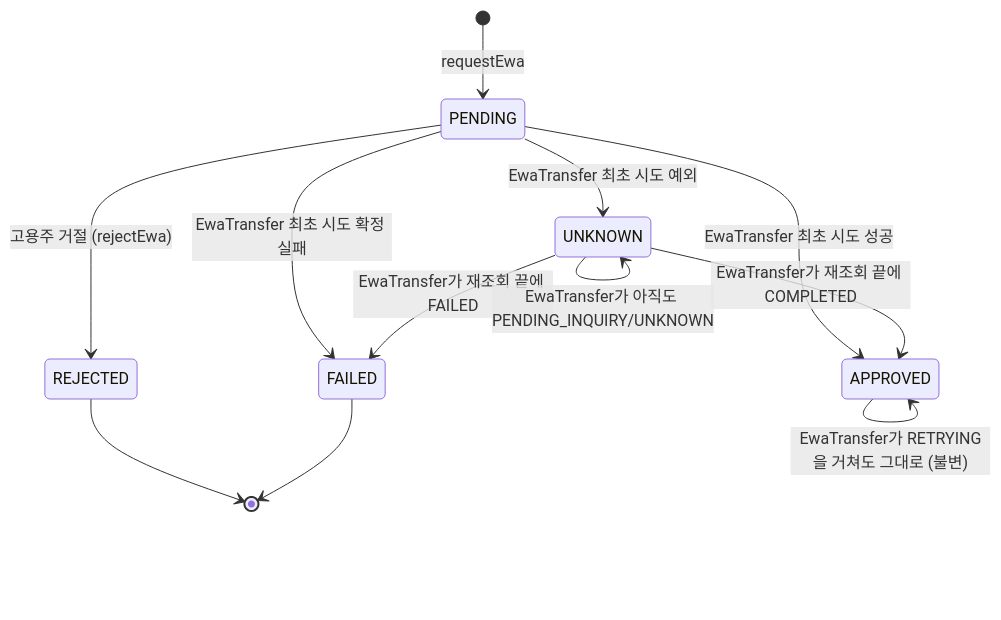
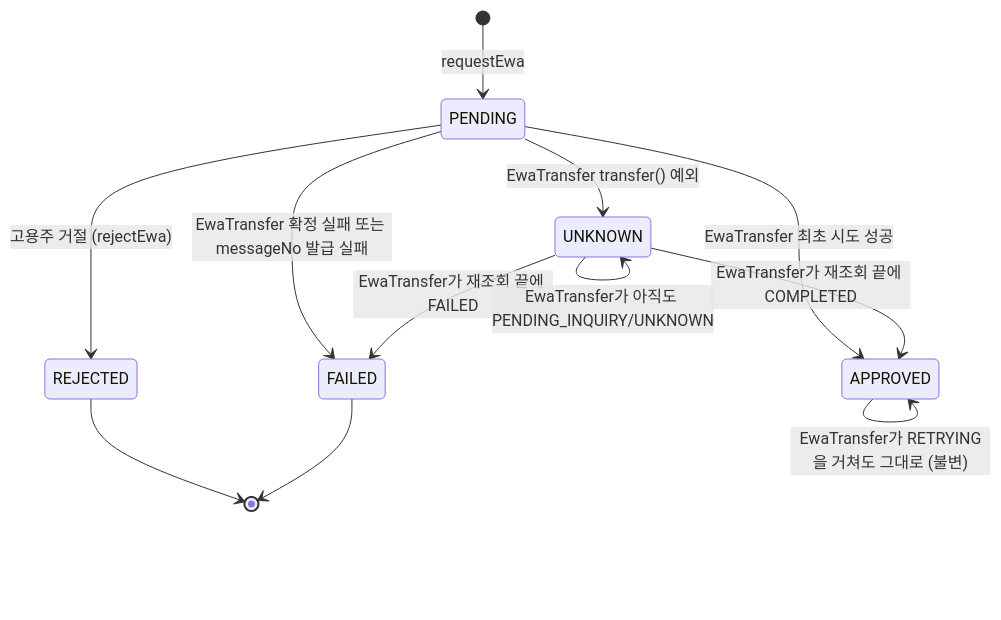
The first of 4 diagrams in docs/diagrams/state-diagram.md (YOUHEETAE/wage-clock), drawn with Mermaid before and after one commit. The commit also changed other lines of this file and 8 other files, not shown here.

Commit message:
refactor: split EWA transfer error handling and fix outbox double-payment risk

````diff
--- a/docs/diagrams/state-diagram.md
+++ b/docs/diagrams/state-diagram.md
@@ -5,18 +5,18 @@
 ```mermaid
 stateDiagram-v2
     [*] --> PENDING: requestEwa
 
     PENDING --> REJECTED: 고용주 거절 (rejectEwa)
     PENDING --> APPROVED: EwaTransfer 최초 시도 성공
-    PENDING --> FAILED: EwaTransfer 최초 시도 확정 실패
-    PENDING --> UNKNOWN: EwaTransfer 최초 시도 예외
+    PENDING --> FAILED: EwaTransfer 확정 실패 또는 messageNo 발급 실패
+    PENDING --> UNKNOWN: EwaTransfer transfer() 예외
 
     UNKNOWN --> APPROVED: EwaTransfer가 재조회 끝에 COMPLETED
     UNKNOWN --> FAILED: EwaTransfer가 재조회 끝에 FAILED
     UNKNOWN --> UNKNOWN: EwaTransfer가 아직도 PENDING_INQUIRY/UNKNOWN
 
     APPROVED --> APPROVED: EwaTransfer가 RETRYING을 거쳐도 그대로 (불변)
 
     REJECTED --> [*]
     FAILED --> [*]
 ```
````
